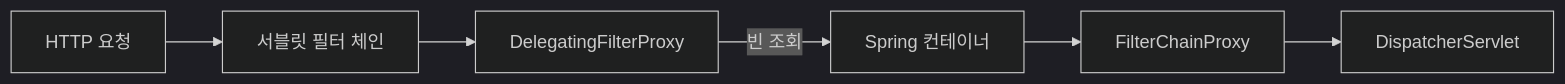
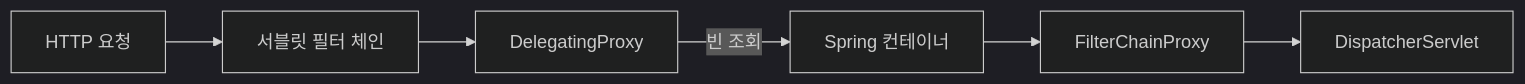
One commit to yjkim2015/yjkim2015.github.io changed the first of 3 diagrams in _posts/security/2021-05-19-DelegatingFilterProxy.md. Above: the diagram before and after it, drawn with Mermaid (dark theme). The commit also changed 245 other files, not shown here.

First line of the commit message:
Mermaid 다이어그램 전면 수정 + 면접 포인트 접기/펼치기 + DB 데드락 페이지

````diff
--- a/_posts/security/2021-05-19-DelegatingFilterProxy.md
+++ b/_posts/security/2021-05-19-DelegatingFilterProxy.md
@@ -20,8 +20,8 @@
 ```mermaid
 graph LR
     A["HTTP 요청"] --> B["서블릿 필터 체인"]
-    B --> D["DelegatingFilterProxy"]
+    B --> D["DelegatingProxy"]
     D -->|빈 조회| E["Spring 컨테이너"]
     E --> F["FilterChainProxy"]
     F --> H["DispatcherServlet"]
 ```
````
